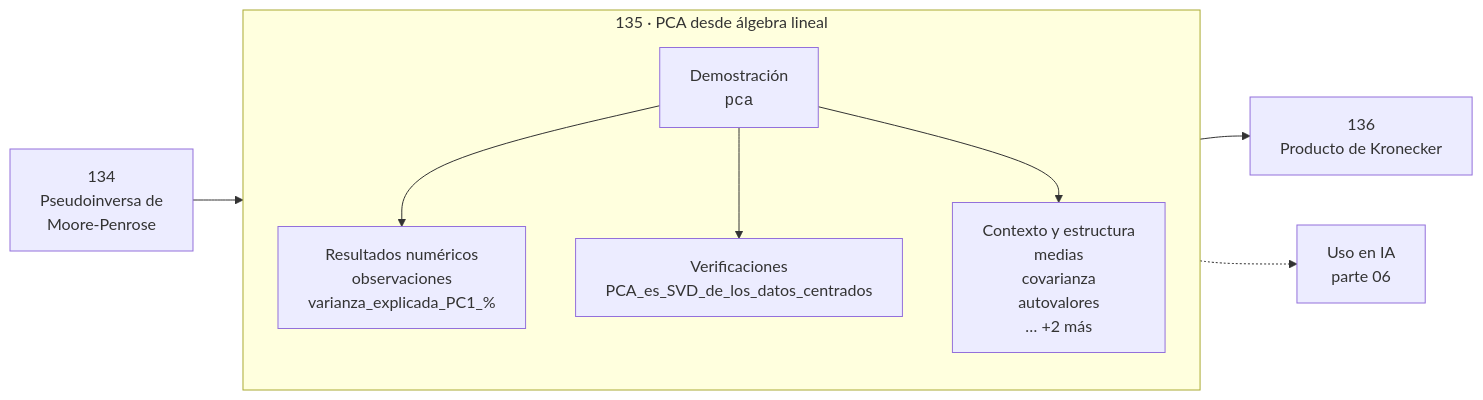
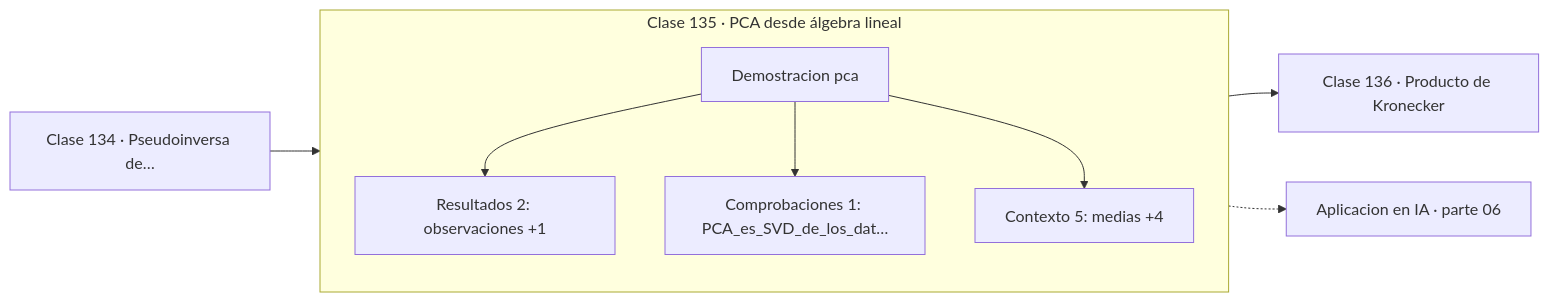
Before and after one commit to vladimiracunadev-create/computational-mathematics-program: the diagram in classes/part-06-algebra-lineal-ii-descomposiciones-y-tensores/135-pca-desde-algebra-lineal/README.md, drawn with Mermaid. The commit also changed 389 other files, not shown here.

First line of the commit message:
fix(diagramas): elimina el HTML de las etiquetas Mermaid

````diff
--- a/classes/part-06-algebra-lineal-ii-descomposiciones-y-tensores/135-pca-desde-algebra-lineal/README.md
+++ b/classes/part-06-algebra-lineal-ii-descomposiciones-y-tensores/135-pca-desde-algebra-lineal/README.md
@@ -30,12 +30,13 @@
 ```mermaid
 flowchart LR
-    P["134<br/>Pseudoinversa de<br/>Moore-Penrose"] --> C
-    subgraph C["135 · PCA desde álgebra lineal"]
+    P["Clase 134 · Pseudoinversa de…"] --> D
+    subgraph CLASE["Clase 135 · PCA desde álgebra lineal"]
         direction TB
-        D["Demostración<br/><code>pca</code>"] --> R["Resultados numéricos<br/>observaciones<br/>varianza_explicada_PC1_%"]
-        D --> V["Verificaciones<br/>PCA_es_SVD_de_los_datos_centrados"]
-        D --> O["Contexto y estructura<br/>medias<br/>covarianza<br/>autovalores<br/>… +2 más"]
+        D["Demostracion pca"]
+        D --> R["Resultados 2: observaciones +1"]
+        D --> V["Comprobaciones 1: PCA_es_SVD_de_los_dat…"]
+        D --> O["Contexto 5: medias +4"]
     end
-    C --> N["136<br/>Producto de Kronecker"]
-    C -.-> IA["Uso en IA<br/>parte 06"]
+    R --> N["Clase 136 · Producto de Kronecker"]
+    V -.-> IA["Aplicacion en IA · parte 06"]
 ```
````
